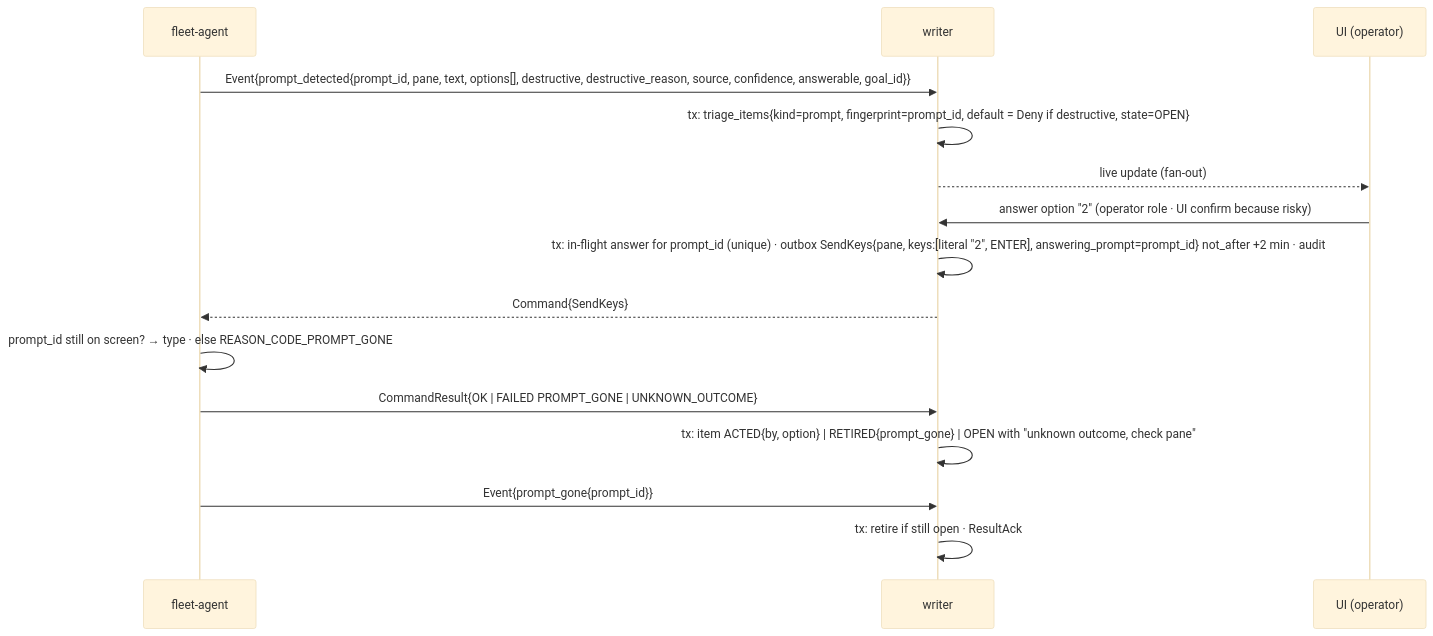
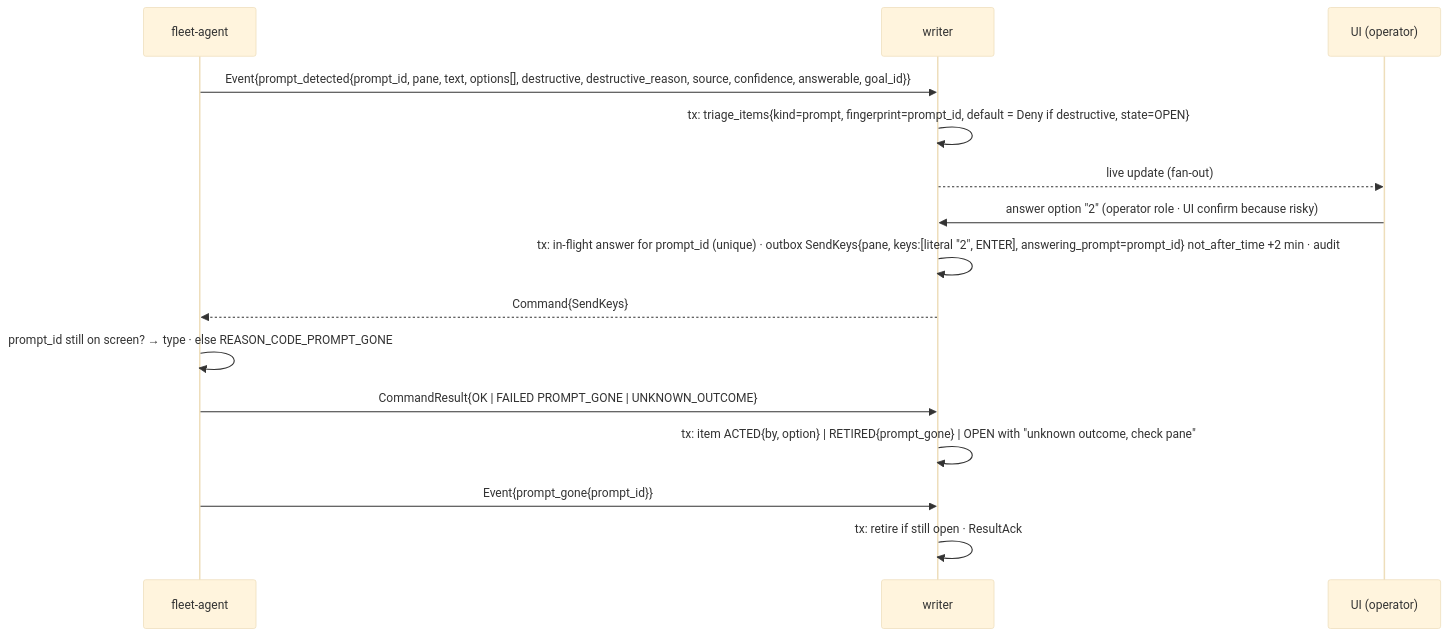
The first of 5 diagrams in docs/specs/03d-triage-sessions-logs.md (linuxdynasty/fleet-board), drawn with Mermaid (base theme) before and after one commit. The commit also changed other lines of this file and 100 other files, not shown here.

First line of the commit message:
feat(api): contract review fixes, ADR 0019 and flow diagrams (#22)

````diff
--- a/docs/specs/03d-triage-sessions-logs.md
+++ b/docs/specs/03d-triage-sessions-logs.md
@@ -26,17 +38,17 @@
 ```mermaid
 sequenceDiagram
   participant A as fleet-agent
   participant W as writer
   participant U as UI (operator)
   A->>W: Event{prompt_detected{prompt_id, pane, text, options[], destructive, destructive_reason, source, confidence, answerable, goal_id}}
   W->>W: tx: triage_items{kind=prompt, fingerprint=prompt_id, default = Deny if destructive, state=OPEN}
   W-->>U: live update (fan-out)
   U->>W: answer option "2" (operator role · UI confirm because risky)
-  W->>W: tx: in-flight answer for prompt_id (unique) · outbox SendKeys{pane, keys:[literal "2", ENTER], answering_prompt=prompt_id} not_after +2 min · audit
+  W->>W: tx: in-flight answer for prompt_id (unique) · outbox SendKeys{pane, keys:[literal "2", ENTER], answering_prompt=prompt_id} not_after_time +2 min · audit
   W-->>A: Command{SendKeys}
   A->>A: prompt_id still on screen? → type · else REASON_CODE_PROMPT_GONE
   A->>W: CommandResult{OK | FAILED PROMPT_GONE | UNKNOWN_OUTCOME}
   W->>W: tx: item ACTED{by, option} | RETIRED{prompt_gone} | OPEN with "unknown outcome, check pane"
   A->>W: Event{prompt_gone{prompt_id}}
   W->>W: tx: retire if still open · ResultAck
 ```
````
